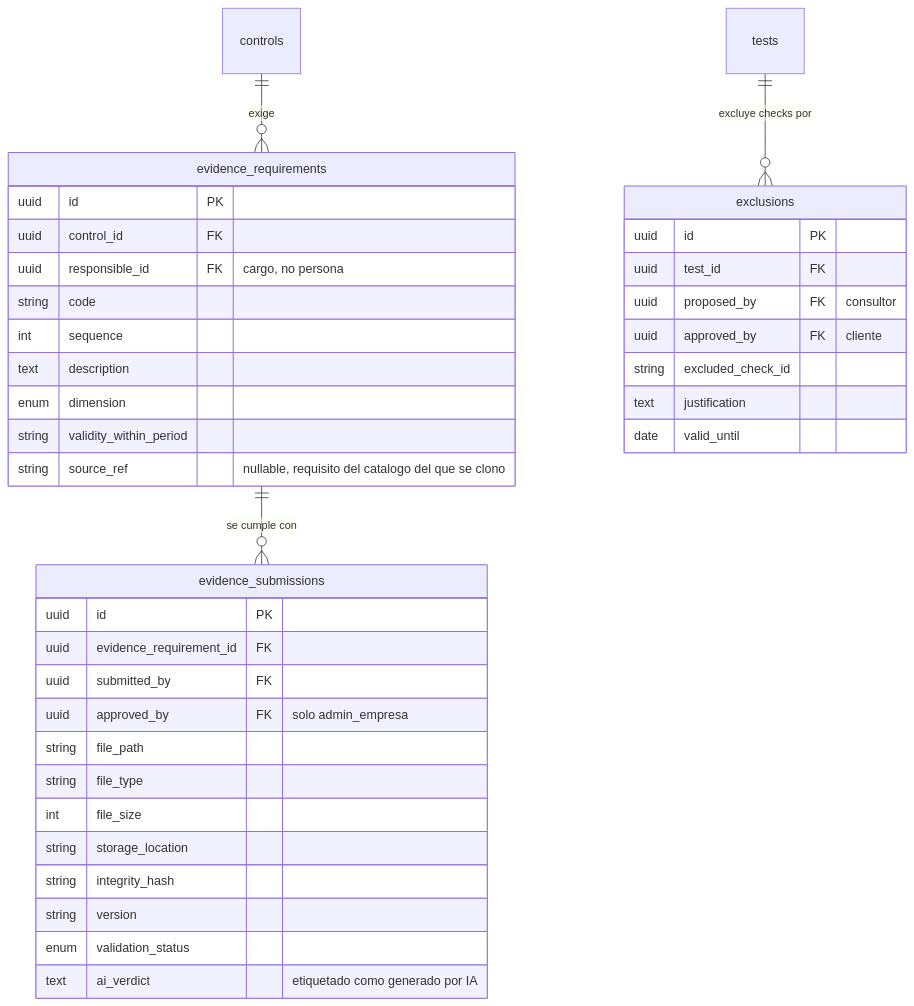
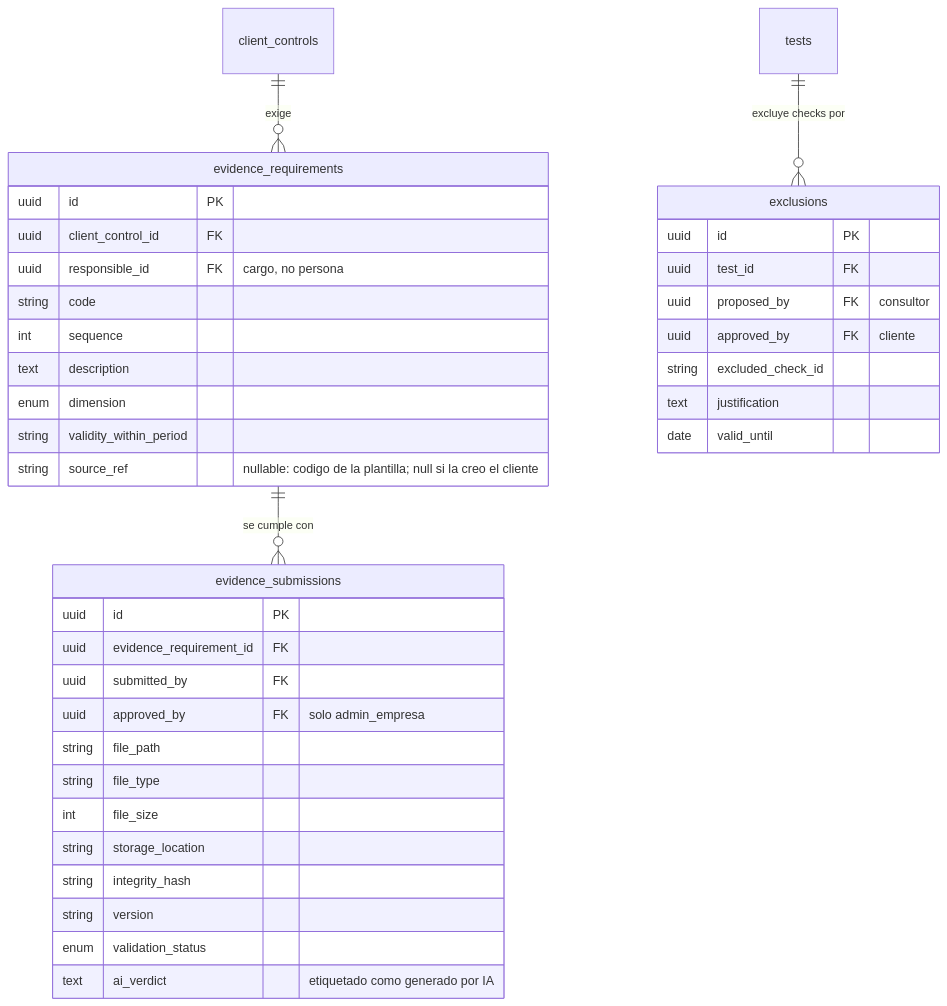
Before and after one commit to Monkey-GRC/Monkey-Brain-IA: diagram 13 of 16 in skills/product/monkey-compliance-council/references/modelo-datos.md, drawn with Mermaid. The commit also changed other lines of this file and 12 other files, not shown here.

````diff
--- a/skills/product/monkey-compliance-council/references/modelo-datos.md
+++ b/skills/product/monkey-compliance-council/references/modelo-datos.md
@@ -1435,40 +1495,40 @@
 ```mermaid
 erDiagram
     evidence_requirements {
         uuid id PK
-        uuid control_id FK
+        uuid client_control_id FK
         uuid responsible_id FK "cargo, no persona"
         string code
         int sequence
         text description
         enum dimension
         string validity_within_period
-        string source_ref "nullable, requisito del catalogo del que se clono"
+        string source_ref "nullable: codigo de la plantilla; null si la creo el cliente"
     }
     evidence_submissions {
         uuid id PK
         uuid evidence_requirement_id FK
         uuid submitted_by FK
         uuid approved_by FK "solo admin_empresa"
         string file_path
         string file_type
         int file_size
         string storage_location
         string integrity_hash
         string version
         enum validation_status
         text ai_verdict "etiquetado como generado por IA"
     }
     exclusions {
         uuid id PK
         uuid test_id FK
         uuid proposed_by FK "consultor"
         uuid approved_by FK "cliente"
         string excluded_check_id
         text justification
         date valid_until
     }
-    controls ||--o{ evidence_requirements : "exige"
+    client_controls ||--o{ evidence_requirements : "exige"
     evidence_requirements ||--o{ evidence_submissions : "se cumple con"
     tests ||--o{ exclusions : "excluye checks por"
 ```
````
